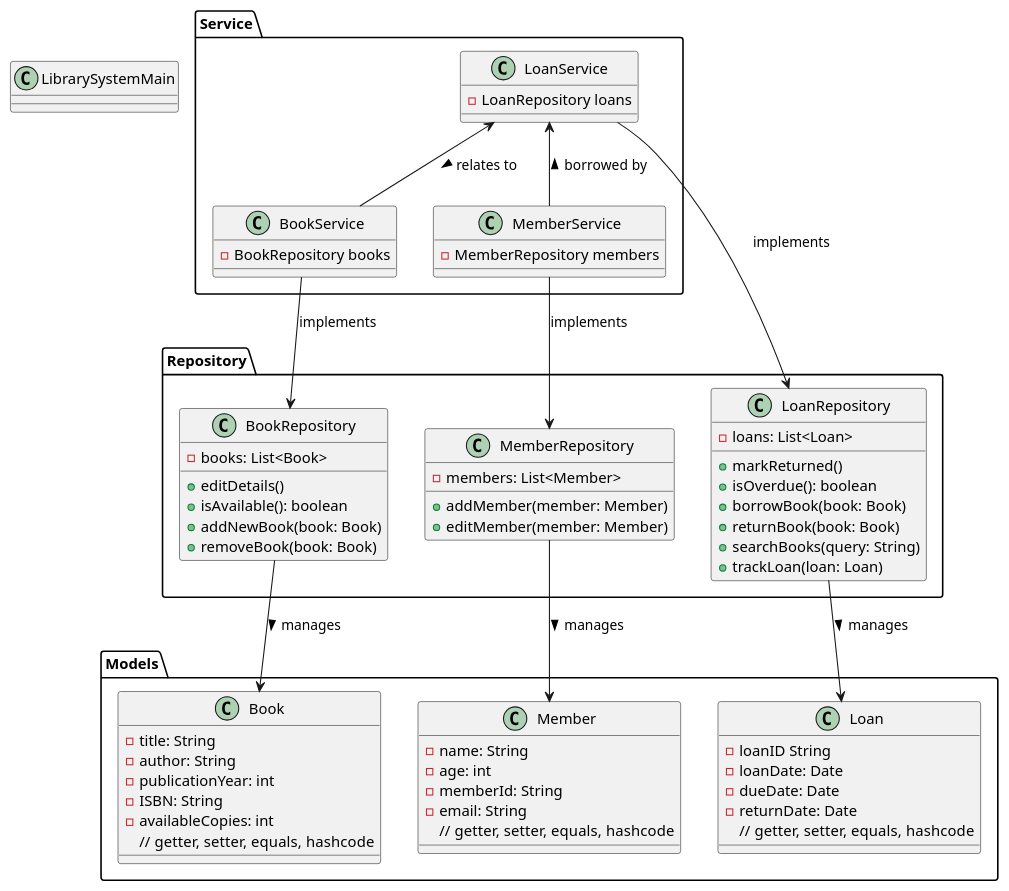
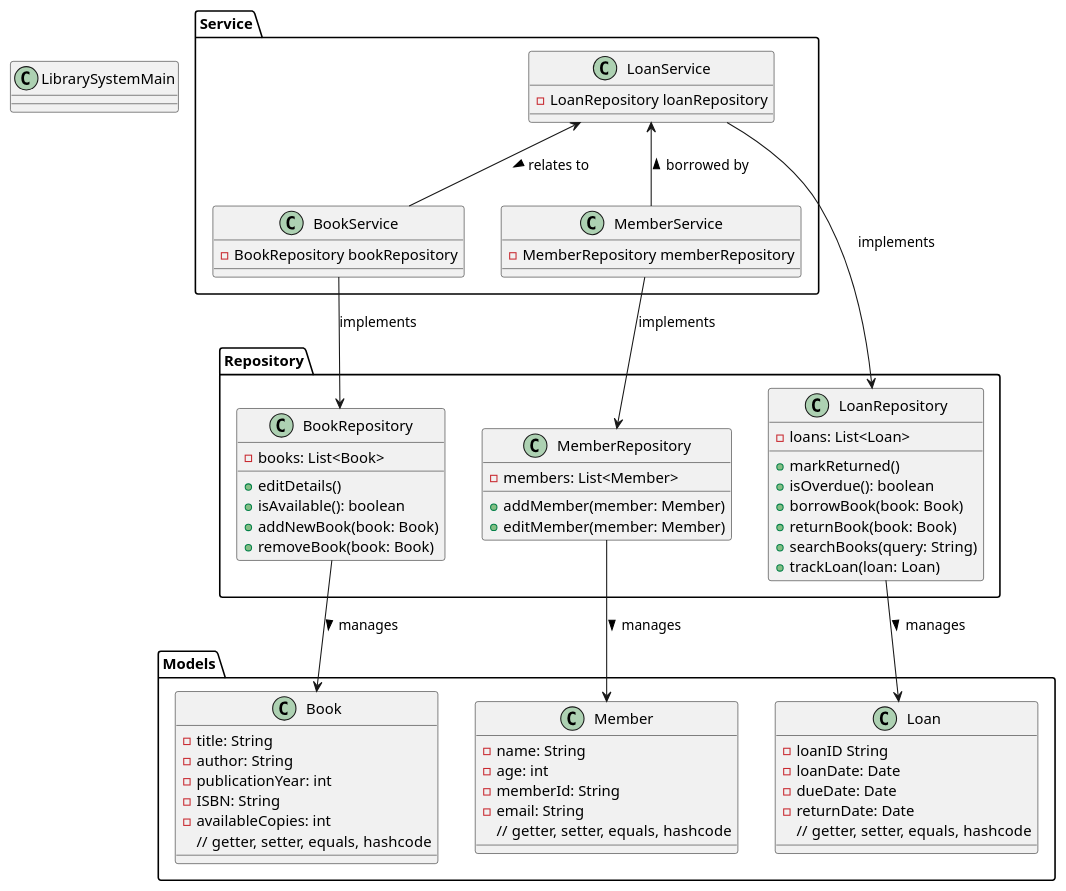
The diagram in src/uml/IntecPuntClassDiagram.puml (BramLab/IntecPunt), drawn with PlantUML before and after one commit.

```diff
--- a/src/uml/IntecPuntClassDiagram.puml
+++ b/src/uml/IntecPuntClassDiagram.puml
@@ -1,82 +1,82 @@
 @startuml
 Package "Models" {
 class Book {
   - title: String
   - author: String
   - publicationYear: int
   - ISBN: String
   - availableCopies: int
   // getter, setter, equals, hashcode
   }
 class Member {
   - name: String
   - age: int
   - memberId: String
   - email: String
   // getter, setter, equals, hashcode
   }
 class Loan {
   - loanID String
   - loanDate: Date
   - dueDate: Date
   - returnDate: Date
   // getter, setter, equals, hashcode
   }
 }
 
 Package "Service" {
 
 class MemberService {
- - MemberRepository members
+ - MemberRepository memberRepository
   }
 class BookService {
- - BookRepository books
+ - BookRepository bookRepository
 
   }
 class LoanService {
- - LoanRepository loans
+ - LoanRepository loanRepository
   }
 }
 
 Package "Repository" {
 class LoanRepository {
   - loans: List<Loan>
   + markReturned()
   + isOverdue(): boolean
   + borrowBook(book: Book)
   + returnBook(book: Book)
   + searchBooks(query: String)
   + trackLoan(loan: Loan)
   }
 class BookRepository {
   - books: List<Book>
   + editDetails()
   + isAvailable(): boolean
   + addNewBook(book: Book)
   + removeBook(book: Book)
   }
 class MemberRepository {
   - members: List<Member>
   + addMember(member: Member)
   + editMember(member: Member)
 
 
   }
 }
 
 class LibrarySystemMain {
 
 }
 
 BookService --> BookRepository : implements
 MemberService --> MemberRepository : implements
 LoanService --> LoanRepository : implements
 BookRepository --> Book : manages >
 MemberRepository --> Member : manages >
 LoanRepository --> Loan : manages >
 LoanService <-- BookService : relates to >
 LoanService <-- MemberService : borrowed by <
 
 
 
 @enduml
```
